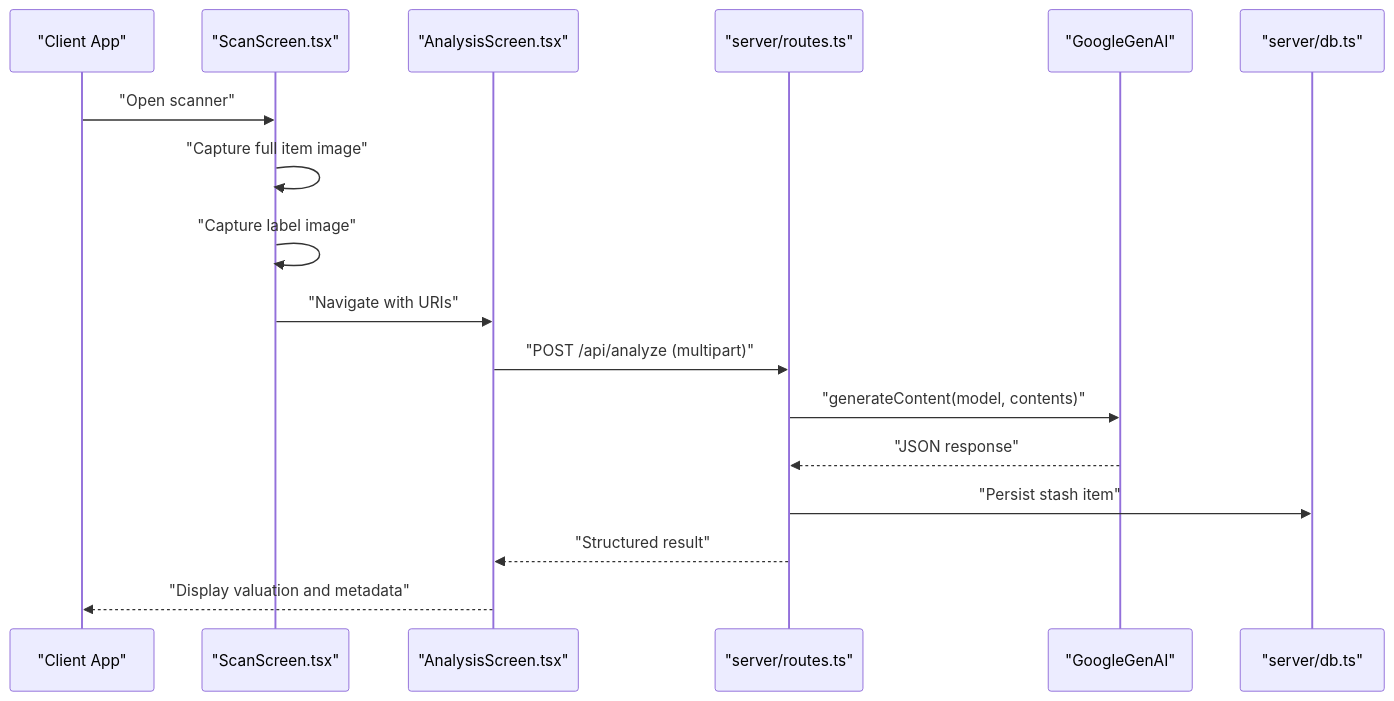
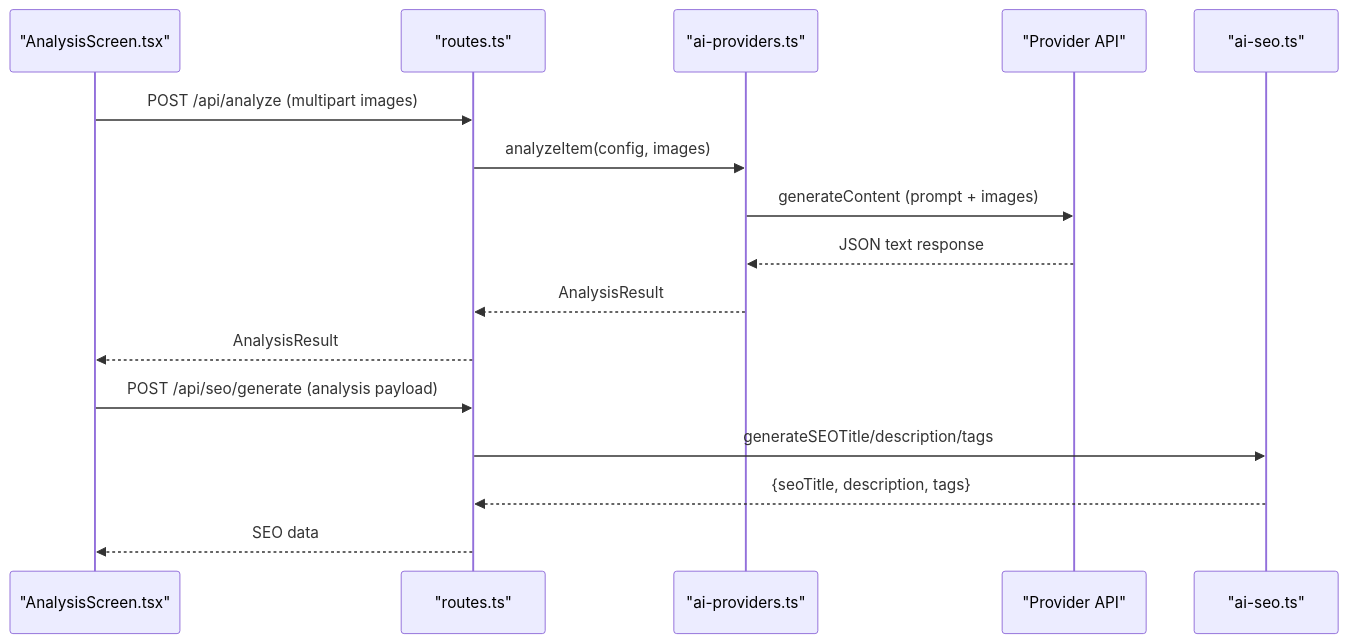
One commit to hunglevi87/Hidden-Gem changed the second of 9 diagrams in .qoder/repowiki/en/content/AI Integration/AI Integration.md. Above: the diagram before and after it, drawn with Mermaid. The commit also changed other lines of this file and 99 other files, not shown here.

````diff
--- a/.qoder/repowiki/en/content/AI Integration/AI Integration.md
+++ b/.qoder/repowiki/en/content/AI Integration/AI Integration.md
@@ -123,19 +91,18 @@
 ```mermaid
 sequenceDiagram
-participant Client as "Client App"
-participant Scan as "ScanScreen.tsx"
-participant Analysis as "AnalysisScreen.tsx"
-participant API as "server/routes.ts"
-participant Gemini as "GoogleGenAI"
-participant DB as "server/db.ts"
-Client->>Scan : "Open scanner"
-Scan->>Scan : "Capture full item image"
-Scan->>Scan : "Capture label image"
-Scan->>Analysis : "Navigate with URIs"
-Analysis->>API : "POST /api/analyze (multipart)"
-API->>Gemini : "generateContent(model, contents)"
-Gemini-->>API : "JSON response"
-API->>DB : "Persist stash item"
-API-->>Analysis : "Structured result"
-Analysis-->>Client : "Display valuation and metadata"
+participant UI as "AnalysisScreen.tsx"
+participant API as "routes.ts"
+participant Prov as "ai-providers.ts"
+participant Model as "Provider API"
+participant SEO as "ai-seo.ts"
+UI->>API : POST /api/analyze (multipart images)
+API->>Prov : analyzeItem(config, images)
+Prov->>Model : generateContent (prompt + images)
+Model-->>Prov : JSON text response
+Prov-->>API : AnalysisResult
+API-->>UI : AnalysisResult
+UI->>API : POST /api/seo/generate (analysis payload)
+API->>SEO : generateSEOTitle/description/tags
+SEO-->>API : {seoTitle, description, tags}
+API-->>UI : SEO data
 ```
````
